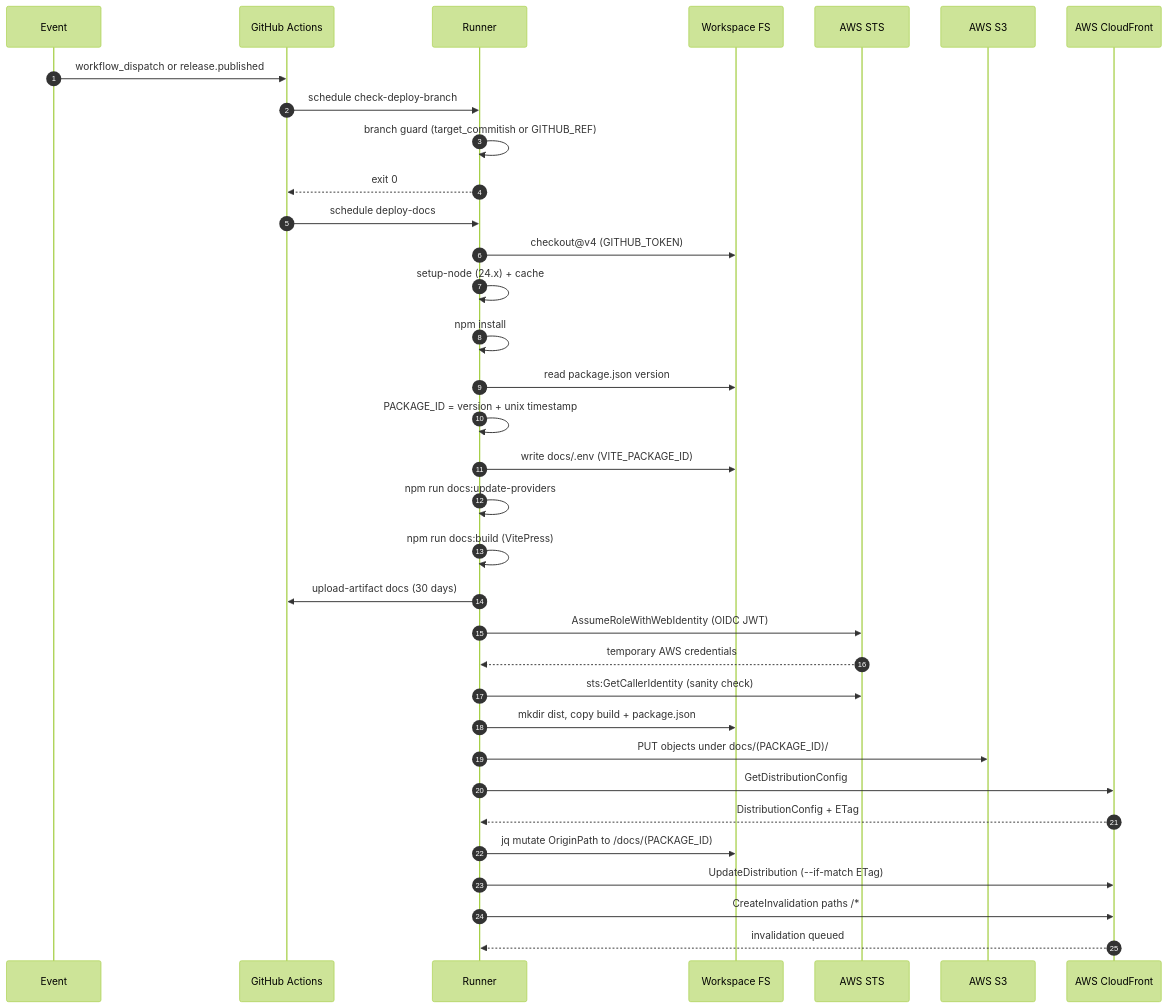
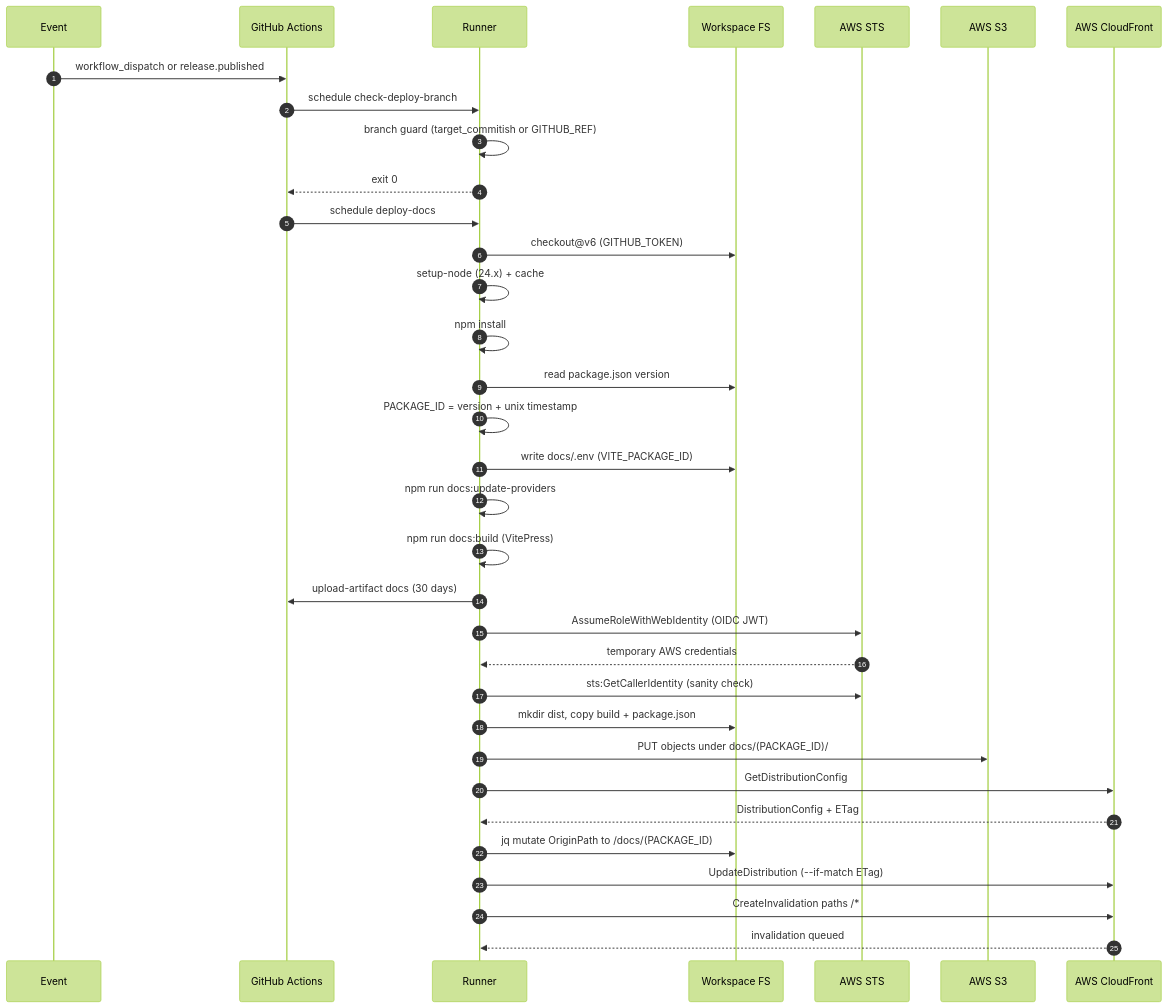
The fourth of 13 diagrams in .github/docs/DEPLOY_DOCS_DEEP_DIVE.md (llm-exe/llm-exe), drawn with Mermaid (forest theme) before and after one commit. The commit also changed other lines of this file and 19 other files, not shown here.

First line of the commit message:
Update GitHub Actions to use latest versions of create-github-app-token and checkout actions

````diff
--- a/.github/docs/DEPLOY_DOCS_DEEP_DIVE.md
+++ b/.github/docs/DEPLOY_DOCS_DEEP_DIVE.md
@@ -181,37 +181,37 @@
 ```mermaid
 sequenceDiagram
     autonumber
     participant E as Event
     participant GH as GitHub Actions
     participant R as Runner
     participant FS as Workspace FS
     participant STS as AWS STS
     participant S3 as AWS S3
     participant CF as AWS CloudFront
 
     E->>GH: workflow_dispatch or release.published
     GH->>R: schedule check-deploy-branch
     R->>R: branch guard (target_commitish or GITHUB_REF)
     R-->>GH: exit 0
     GH->>R: schedule deploy-docs
-    R->>FS: checkout@v4 (GITHUB_TOKEN)
+    R->>FS: checkout@v6 (GITHUB_TOKEN)
     R->>R: setup-node (24.x) + cache
     R->>R: npm install
     R->>FS: read package.json version
     R->>R: PACKAGE_ID = version + unix timestamp
     R->>FS: write docs/.env (VITE_PACKAGE_ID)
     R->>R: npm run docs:update-providers
     R->>R: npm run docs:build (VitePress)
     R->>GH: upload-artifact docs (30 days)
     R->>STS: AssumeRoleWithWebIdentity (OIDC JWT)
     STS-->>R: temporary AWS credentials
     R->>STS: sts:GetCallerIdentity (sanity check)
     R->>FS: mkdir dist, copy build + package.json
     R->>S3: PUT objects under docs/(PACKAGE_ID)/
     R->>CF: GetDistributionConfig
     CF-->>R: DistributionConfig + ETag
     R->>FS: jq mutate OriginPath to /docs/(PACKAGE_ID)
     R->>CF: UpdateDistribution (--if-match ETag)
     R->>CF: CreateInvalidation paths /*
     CF-->>R: invalidation queued
 ```
````
